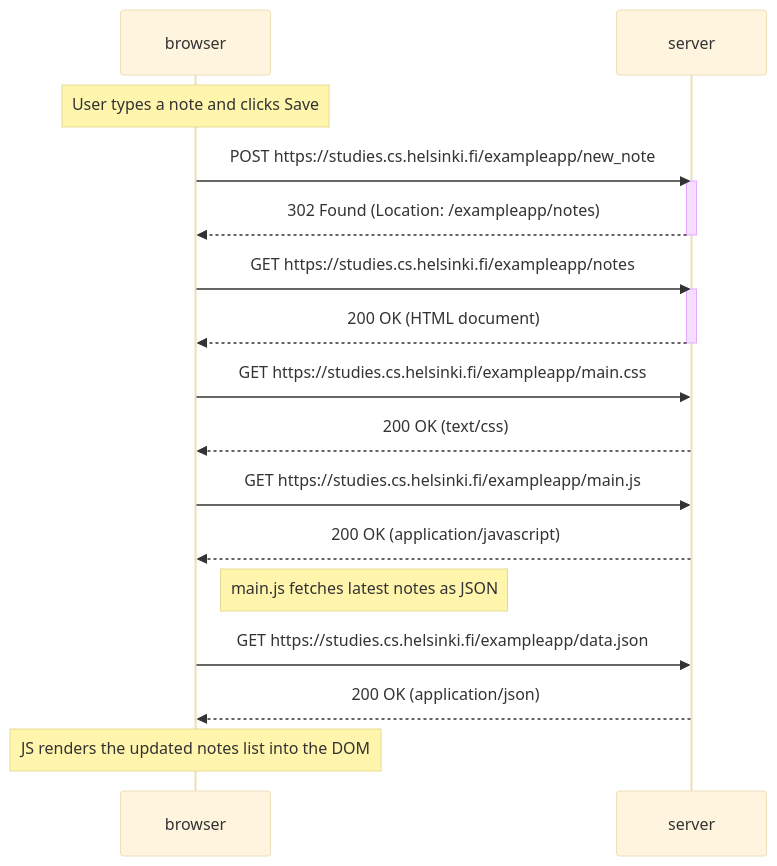
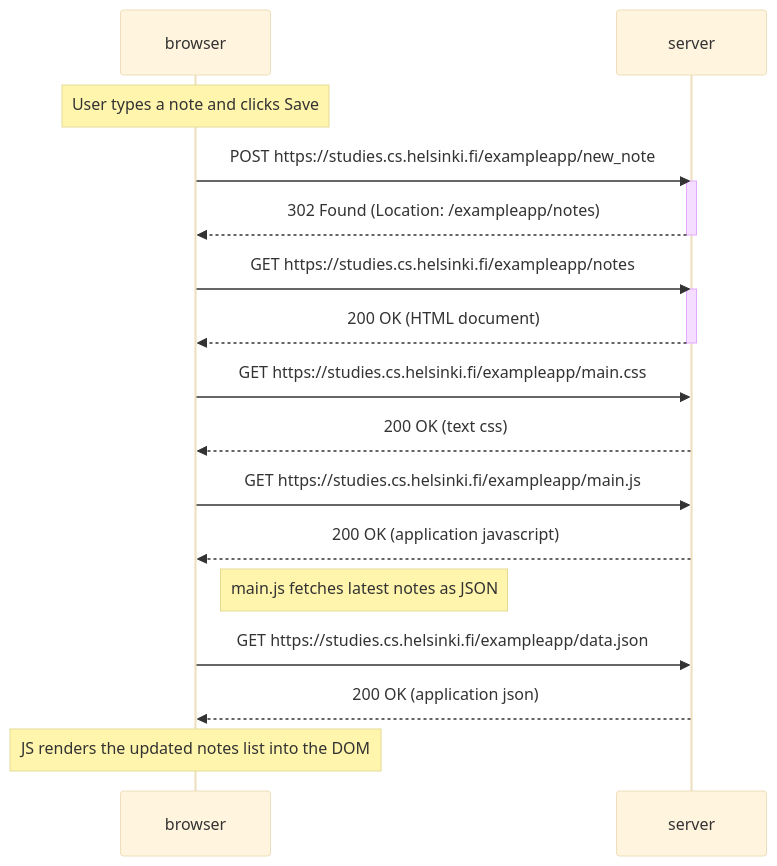
The first of 3 diagrams in part0/diagrams.md (Waltberry/fullstack-open), drawn with Mermaid (base theme) before and after one commit. The commit also changed other lines of this file and 3 other files, not shown here.

````diff
--- a/part0/diagrams.md
+++ b/part0/diagrams.md
@@ -4,28 +4,28 @@
 ```mermaid
 sequenceDiagram
     participant browser
     participant server
 
     Note over browser: User types a note and clicks Save
     browser->>server: POST https://studies.cs.helsinki.fi/exampleapp/new_note
     activate server
     server-->>browser: 302 Found (Location: /exampleapp/notes)
     deactivate server
 
     browser->>server: GET https://studies.cs.helsinki.fi/exampleapp/notes
     activate server
     server-->>browser: 200 OK (HTML document)
     deactivate server
 
     browser->>server: GET https://studies.cs.helsinki.fi/exampleapp/main.css
-    server-->>browser: 200 OK (text/css)
+    server-->>browser: 200 OK (text css)
 
     browser->>server: GET https://studies.cs.helsinki.fi/exampleapp/main.js
-    server-->>browser: 200 OK (application/javascript)
+    server-->>browser: 200 OK (application javascript)
 
     Note right of browser: main.js fetches latest notes as JSON
     browser->>server: GET https://studies.cs.helsinki.fi/exampleapp/data.json
-    server-->>browser: 200 OK (application/json)
+    server-->>browser: 200 OK (application json)
 
     Note over browser: JS renders the updated notes list into the DOM
 ```
````
